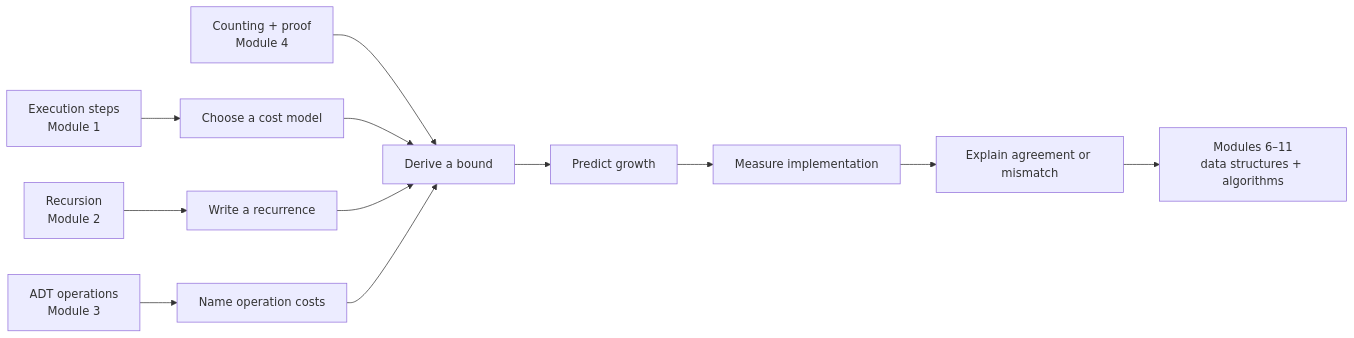
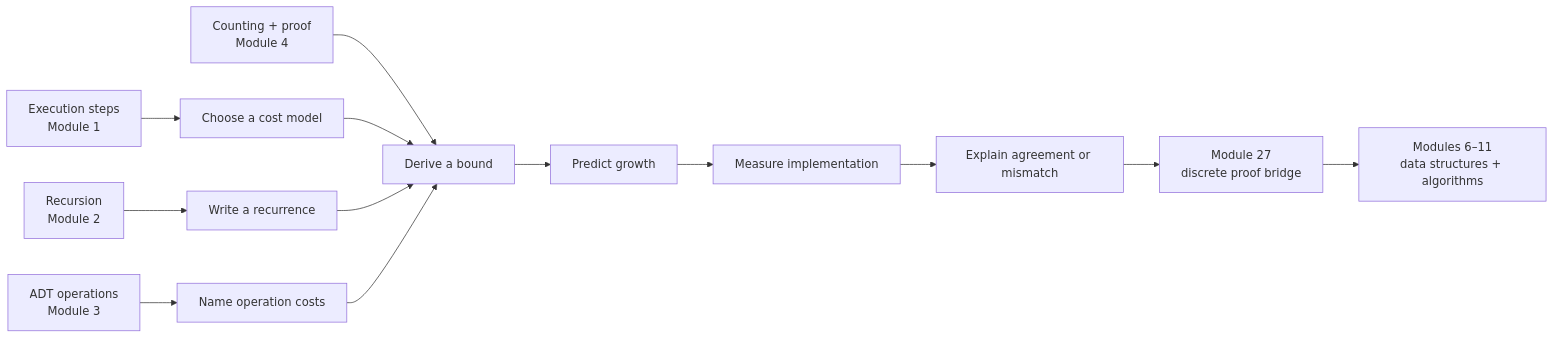
One commit to michaeliu3/atlas-academy-python-cs changed the first of 6 diagrams in content/modules/05_cost_models_algorithm_analysis.md. Above: the diagram before and after it, drawn with Mermaid. The commit also changed other lines of this file and 35 other files, not shown here.

````diff
--- a/content/modules/05_cost_models_algorithm_analysis.md
+++ b/content/modules/05_cost_models_algorithm_analysis.md
@@ -13,17 +13,18 @@
 ```mermaid
 %% atlas-diagram-id: m05-analysis-knowledge-bridge
 %% atlas-diagram-title: Earlier execution, recursion, ADT, and proof ideas lead to algorithm analysis
-%% atlas-diagram-alt: Execution steps, recursion, ADT operations, and counting and proof supply a cost model, recurrence, operation costs, and a bound. The bound predicts growth, which is measured and explained before later data-structure and algorithm modules.
+%% atlas-diagram-alt: Execution steps, recursion, ADT operations, and counting and proof supply a cost model, recurrence, operation costs, and a bound. The bound predicts growth, which is measured and explained before Module 27 strengthens the proof bridge for later data-structure and algorithm modules.
 flowchart LR
     EXEC["Execution steps<br/>Module 1"] --> MODEL["Choose a cost model"]
     REC["Recursion<br/>Module 2"] --> RECUR["Write a recurrence"]
     ADT["ADT operations<br/>Module 3"] --> OPS["Name operation costs"]
     MATH["Counting + proof<br/>Module 4"] --> BOUND["Derive a bound"]
     MODEL --> BOUND
     RECUR --> BOUND
     OPS --> BOUND
     BOUND --> PREDICT["Predict growth"]
     PREDICT --> MEASURE["Measure implementation"]
     MEASURE --> EXPLAIN["Explain agreement or mismatch"]
-    EXPLAIN --> DS["Modules 6–11<br/>data structures + algorithms"]
+    EXPLAIN --> M27["Module 27<br/>discrete proof bridge"]
+    M27 --> DS["Modules 6–11<br/>data structures + algorithms"]
 ```
````
